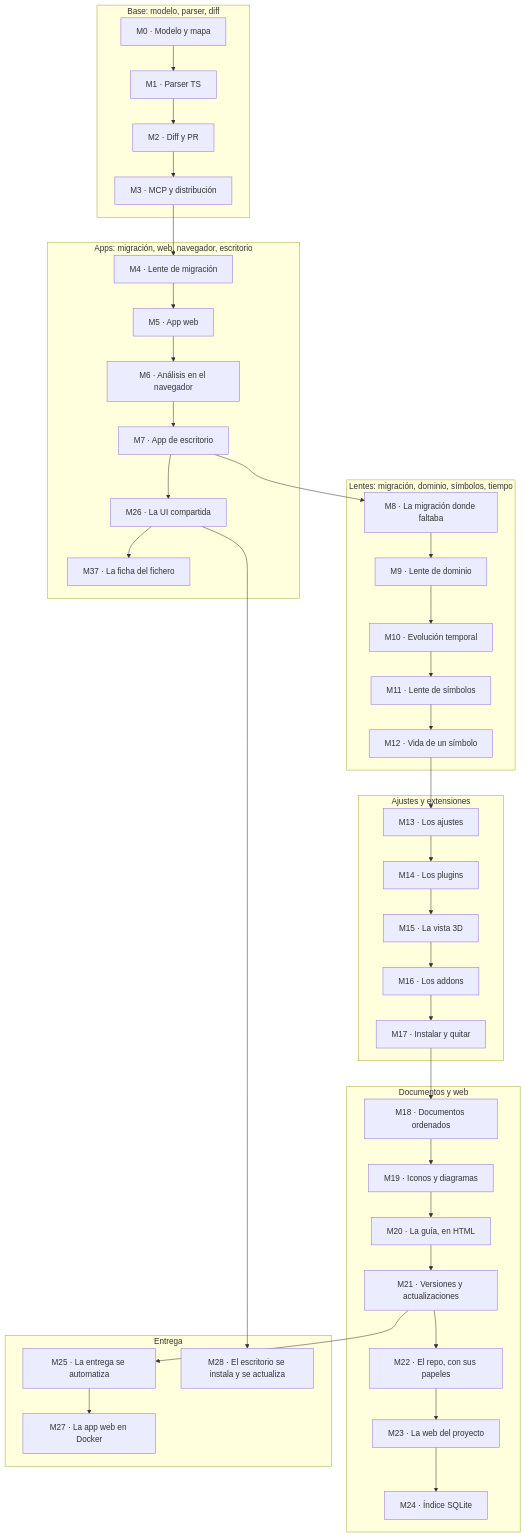
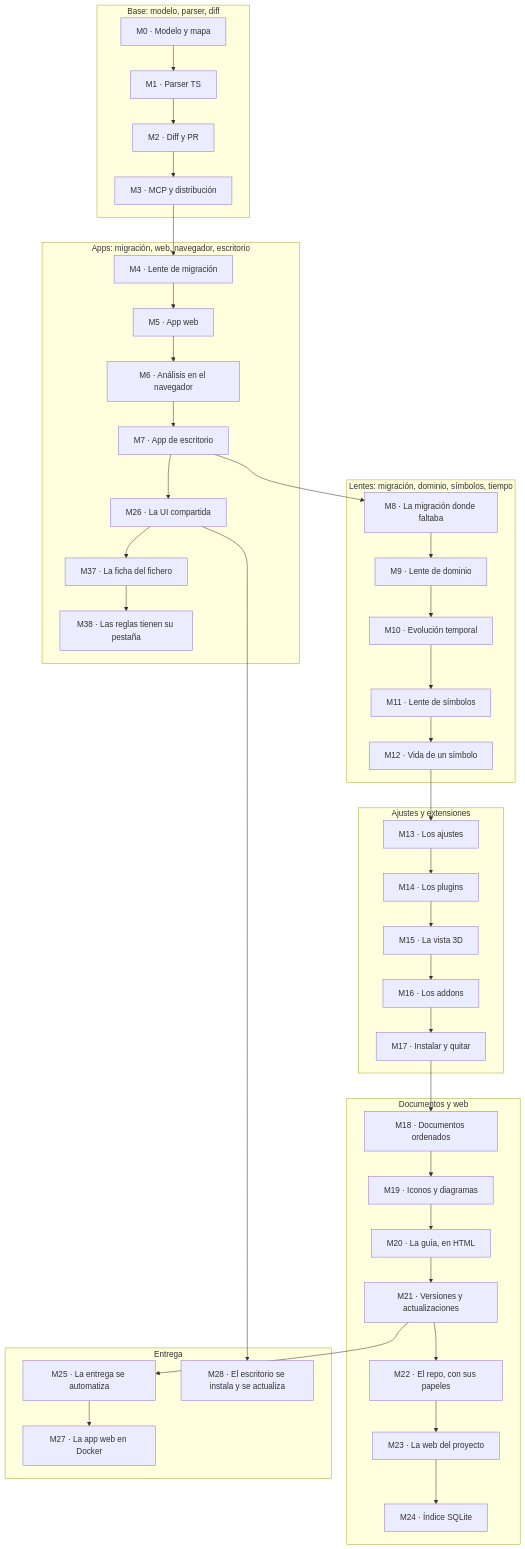
One commit to jaminsmoke/codarch changed the diagram in apps/site/docs/adr/roadmap.md. Above: the diagram before and after it, drawn with Mermaid. The commit also changed other lines of this file and 4 other files, not shown here.

````diff
--- a/apps/site/docs/adr/roadmap.md
+++ b/apps/site/docs/adr/roadmap.md
@@ -38,45 +38,46 @@
 ```mermaid
 flowchart TD
   subgraph base["Base: modelo, parser, diff"]
     M0["M0 · Modelo y mapa"] --> M1["M1 · Parser TS"]
     M1 --> M2["M2 · Diff y PR"]
     M2 --> M3["M3 · MCP y distribución"]
   end
   subgraph apps["Apps: migración, web, navegador, escritorio"]
     M4["M4 · Lente de migración"] --> M5["M5 · App web"]
     M5 --> M6["M6 · Análisis en el navegador"]
     M6 --> M7["M7 · App de escritorio"]
     M7 --> M26["M26 · La UI compartida"]
     M26 --> M37["M37 · La ficha del fichero"]
+    M37 --> M38["M38 · Las reglas tienen su pestaña"]
   end
   subgraph lentes["Lentes: migración, dominio, símbolos, tiempo"]
     M8["M8 · La migración donde faltaba"] --> M9["M9 · Lente de dominio"]
     M9 --> M10["M10 · Evolución temporal"]
     M10 --> M11["M11 · Lente de símbolos"]
     M11 --> M12["M12 · Vida de un símbolo"]
   end
   subgraph ext["Ajustes y extensiones"]
     M13["M13 · Los ajustes"] --> M14["M14 · Los plugins"]
     M14 --> M15["M15 · La vista 3D"]
     M15 --> M16["M16 · Los addons"]
     M16 --> M17["M17 · Instalar y quitar"]
   end
   subgraph docs["Documentos y web"]
     M18["M18 · Documentos ordenados"] --> M19["M19 · Iconos y diagramas"]
     M19 --> M20["M20 · La guía, en HTML"]
     M20 --> M21["M21 · Versiones y actualizaciones"]
     M21 --> M22["M22 · El repo, con sus papeles"]
     M22 --> M23["M23 · La web del proyecto"]
     M23 --> M24["M24 · Índice SQLite"]
   end
   subgraph delivery["Entrega"]
     M25["M25 · La entrega se automatiza"]
     M25 --> M27["M27 · La app web en Docker"]
     M26 --> M28["M28 · El escritorio se instala y se actualiza"]
   end
   M3 --> M4
   M7 --> M8
   M12 --> M13
   M17 --> M18
   M21 --> M25
 ```
````
